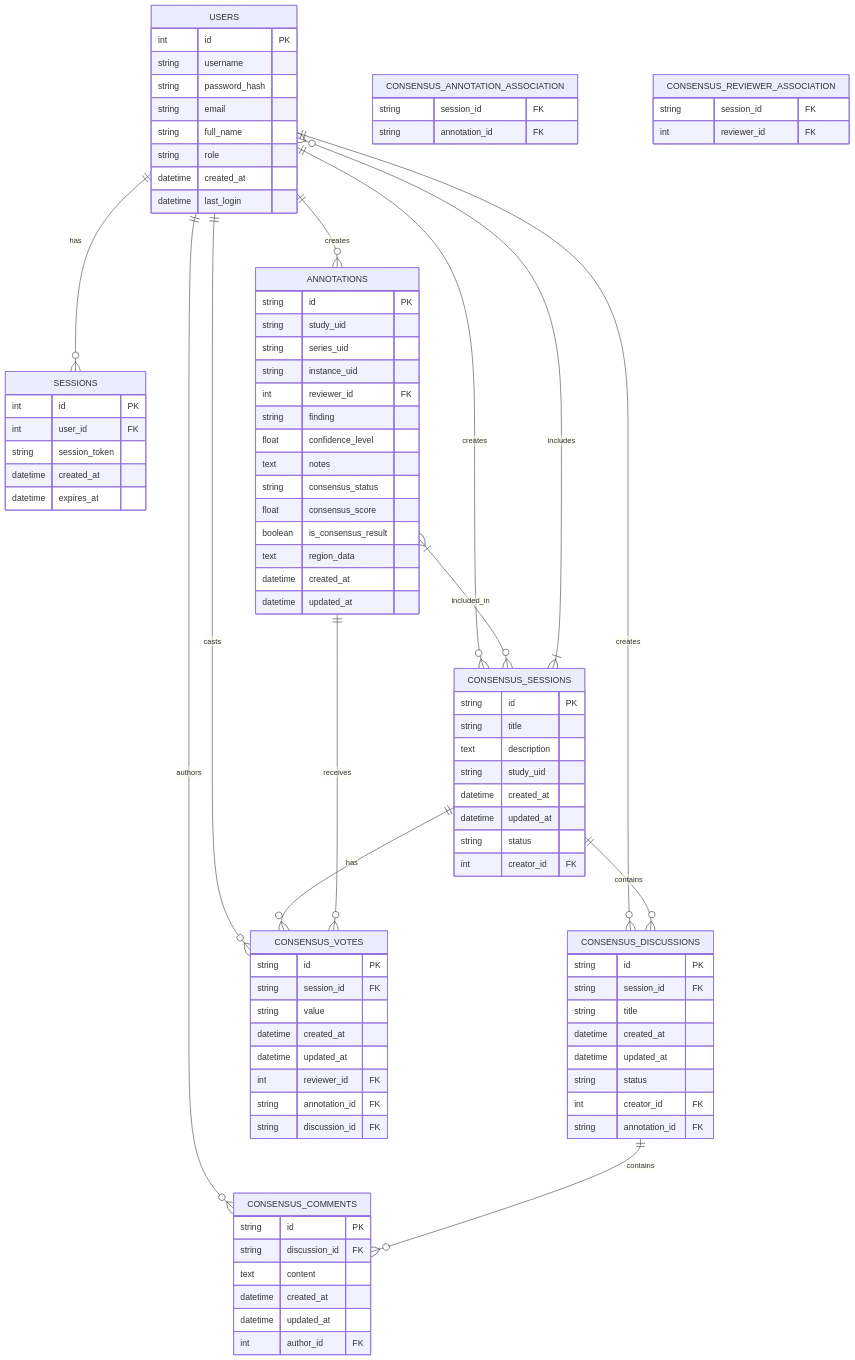
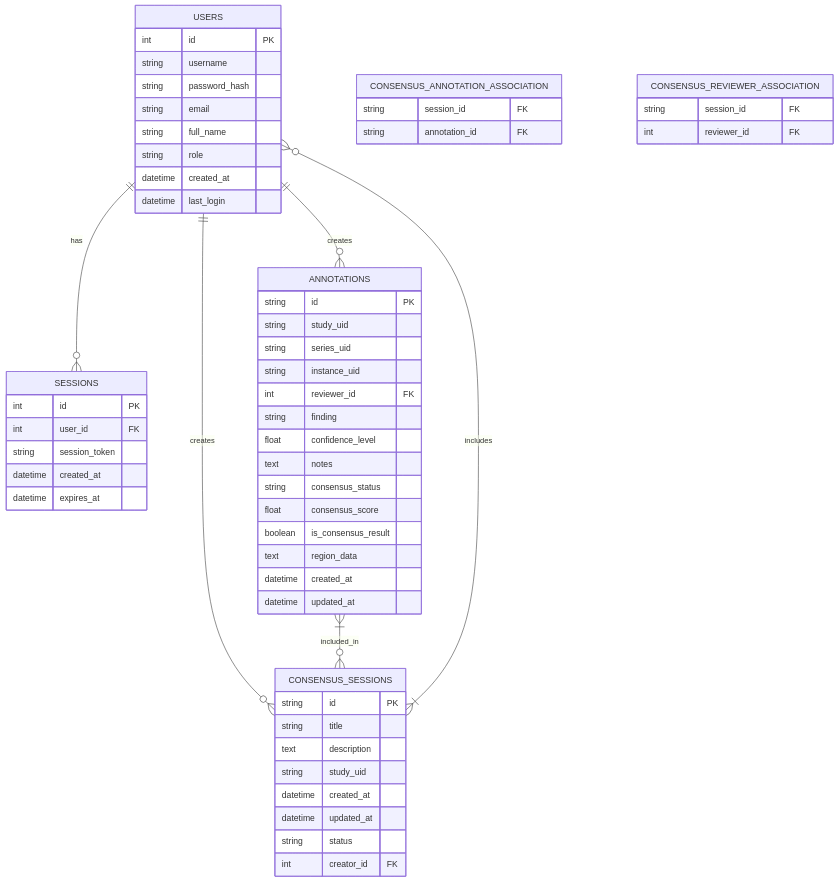
One commit to mgadaphy/dicom-research changed the diagram in docs/database_schema.md. Above: the diagram before and after it, drawn with Mermaid. The commit also changed other lines of this file and 1 other file, not shown here.

Commit message:
Updated the the documentations of the database schema

```diff
--- a/docs/database_schema.md
+++ b/docs/database_schema.md
@@ -57,37 +57,6 @@
     int creator_id FK
   }
   
-  CONSENSUS_DISCUSSIONS {
-    string id PK
-    string session_id FK
-    string title
-    datetime created_at
-    datetime updated_at
-    string status
-    int creator_id FK
-    string annotation_id FK
-  }
-  
-  CONSENSUS_COMMENTS {
-    string id PK
-    string discussion_id FK
-    text content
-    datetime created_at
-    datetime updated_at
-    int author_id FK
-  }
-  
-  CONSENSUS_VOTES {
-    string id PK
-    string session_id FK
-    string value
-    datetime created_at
-    datetime updated_at
-    int reviewer_id FK
-    string annotation_id FK
-    string discussion_id FK
-  }
-  
   CONSENSUS_ANNOTATION_ASSOCIATION {
     string session_id FK
     string annotation_id FK
@@ -101,15 +70,7 @@
   USERS ||--o{ SESSIONS : has
   USERS ||--o{ ANNOTATIONS : creates
   USERS ||--o{ CONSENSUS_SESSIONS : creates
-  USERS ||--o{ CONSENSUS_DISCUSSIONS : creates
-  USERS ||--o{ CONSENSUS_COMMENTS : authors
-  USERS ||--o{ CONSENSUS_VOTES : casts
   
-  CONSENSUS_SESSIONS ||--o{ CONSENSUS_DISCUSSIONS : contains
-  CONSENSUS_SESSIONS ||--o{ CONSENSUS_VOTES : has
-  CONSENSUS_DISCUSSIONS ||--o{ CONSENSUS_COMMENTS : contains
-  
-  ANNOTATIONS ||--o{ CONSENSUS_VOTES : receives
   ANNOTATIONS }|--o{ CONSENSUS_SESSIONS : included_in
   
   CONSENSUS_SESSIONS }|--o{ USERS : includes
```
